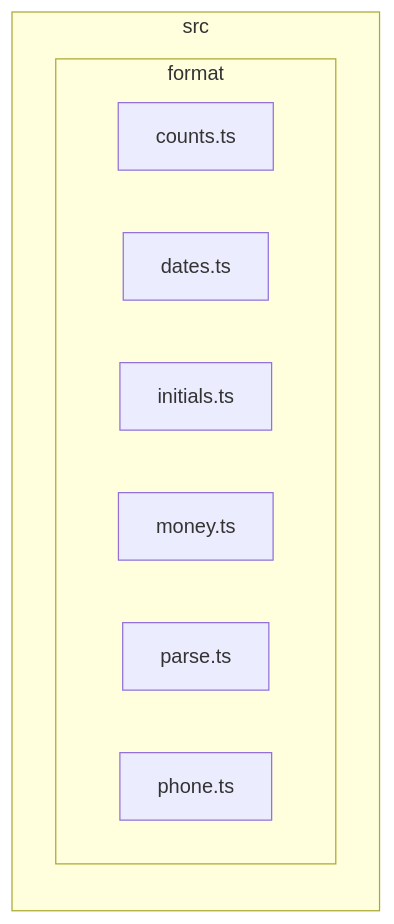
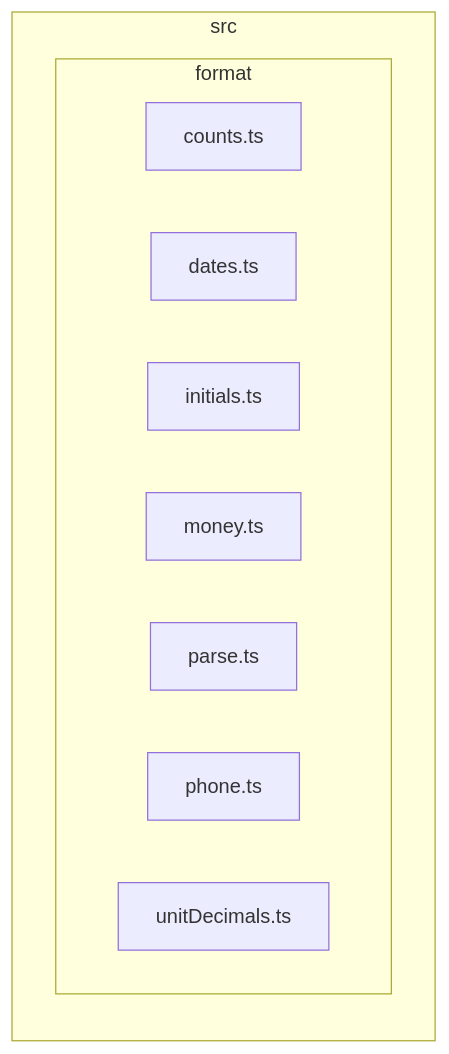
One commit to GonzaloZevallos/apostrophe changed the diagram in docs/architecture/generated/front-modules/format.md. Above: the diagram before and after it, drawn with Mermaid. The commit also changed 3 other files, not shown here.

````diff
--- a/docs/architecture/generated/front-modules/format.md
+++ b/docs/architecture/generated/front-modules/format.md
@@ -7,13 +7,14 @@
 ```mermaid
 flowchart LR
 subgraph src["src"]
   subgraph src_format["format"]
     src_format_counts_ts["counts.ts"]
     src_format_dates_ts["dates.ts"]
     src_format_initials_ts["initials.ts"]
     src_format_money_ts["money.ts"]
     src_format_parse_ts["parse.ts"]
     src_format_phone_ts["phone.ts"]
+    src_format_unitDecimals_ts["unitDecimals.ts"]
   end
 end
 ```
````
